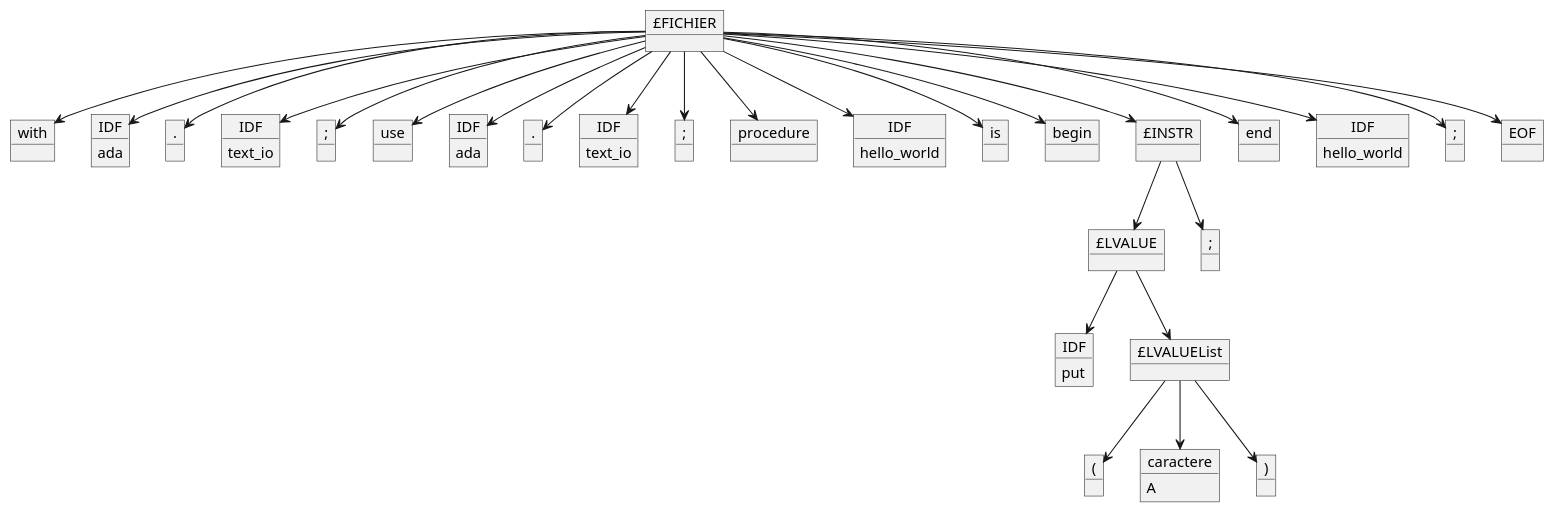
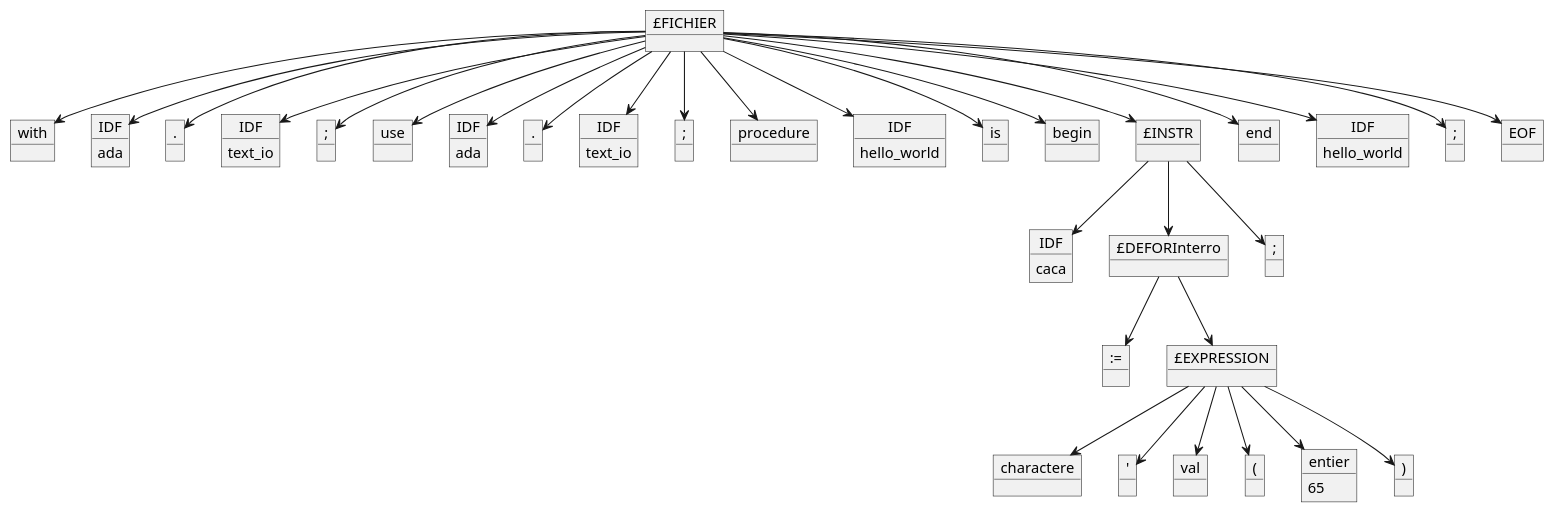
The diagram in Programmes/Fonctionne/hello_world.adb.puml (LeBoufty/pcl), drawn with PlantUML before and after one commit. The commit also changed 3 other files, not shown here.

```diff
--- a/Programmes/Fonctionne/hello_world.adb.puml
+++ b/Programmes/Fonctionne/hello_world.adb.puml
@@ -1,63 +1,71 @@
 @startuml Arbre_Syntaxique
 object "£FICHIER" as 1
 object "with" as 2
 object "IDF" as 3
 3 : ada
 object "." as 4
 object "IDF" as 5
 5 : text_io
 object ";" as 6
 object "use" as 7
 object "IDF" as 8
 8 : ada
 object "." as 9
 object "IDF" as 10
 10 : text_io
 object ";" as 11
 object "procedure" as 12
 object "IDF" as 13
 13 : hello_world
 object "is" as 14
 object "begin" as 15
 object "£INSTR" as 16
 object "end" as 17
 object "IDF" as 18
 18 : hello_world
 object ";" as 19
 object "EOF" as 20
-object "£LVALUE" as 21
-object ";" as 22
-object "IDF" as 23
-23 : put
-object "£LVALUEList" as 24
-object "(" as 25
-object "caractere" as 26
-26 : A
-object ")" as 27
+object "IDF" as 21
+21 : caca
+object "£DEFORInterro" as 22
+object ";" as 23
+object ":=" as 24
+object "£EXPRESSION" as 25
+object "charactere" as 26
+object "'" as 27
+object "val" as 28
+object "(" as 29
+object "entier" as 30
+30 : 65
+object ")" as 31
 1 -down-> 2
 1 -down-> 3
 1 -down-> 4
 1 -down-> 5
 1 -down-> 6
 1 -down-> 7
 1 -down-> 8
 1 -down-> 9
 1 -down-> 10
 1 -down-> 11
 1 -down-> 12
 1 -down-> 13
 1 -down-> 14
 1 -down-> 15
 1 -down-> 16
 1 -down-> 17
 1 -down-> 18
 1 -down-> 19
 1 -down-> 20
 16 -down-> 21
 16 -down-> 22
-21 -down-> 23
-21 -down-> 24
-24 -down-> 25
-24 -down-> 26
-24 -down-> 27
+16 -down-> 23
+22 -down-> 24
+22 -down-> 25
+25 -down-> 26
+25 -down-> 27
+25 -down-> 28
+25 -down-> 29
+25 -down-> 30
+25 -down-> 31
 @enduml
```
